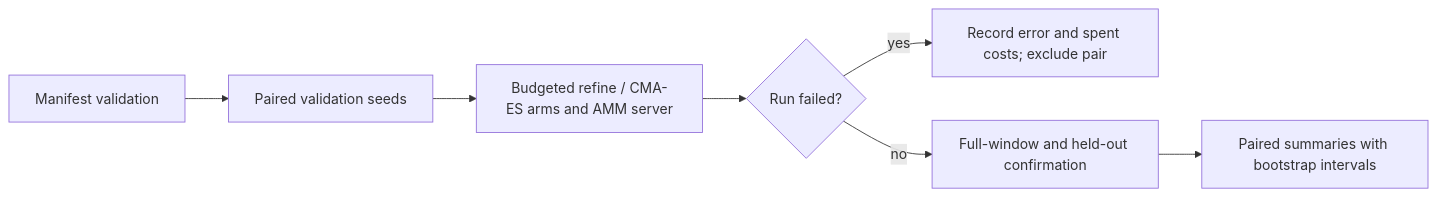
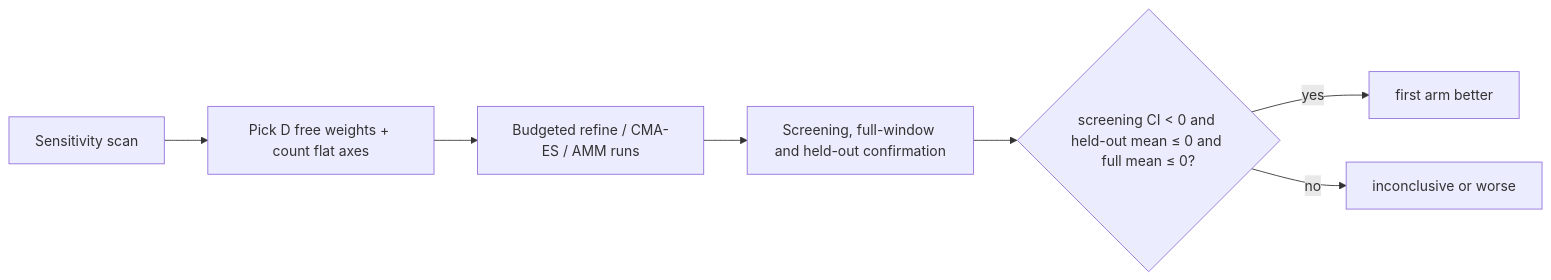
Before and after one commit to stSoftwareAU/NEAT-AI-Lamarck: the diagram in docs/archive/pr-summaries/pr-summary-266.md, drawn with Mermaid. The commit also changed other lines of this file, not shown here.

````diff
--- a/docs/archive/pr-summaries/pr-summary-266.md
+++ b/docs/archive/pr-summaries/pr-summary-266.md
@@ -70,9 +66,9 @@
 ```mermaid
 flowchart LR
-    M[Manifest validation] --> V[Paired validation seeds]
-    V --> B[Budgeted refine / CMA-ES arms and AMM server]
-    B --> F{Run failed?}
-    F -->|yes| E[Record error and spent costs; exclude pair]
-    F -->|no| H[Full-window and held-out confirmation]
-    H --> S[Paired summaries with bootstrap intervals]
+    S[Sensitivity scan] --> P[Pick D free weights + count flat axes]
+    P --> R[Budgeted refine / CMA-ES / AMM runs]
+    R --> C[Screening, full-window and held-out confirmation]
+    C --> V{"screening CI < 0 and held-out mean ≤ 0 and full mean ≤ 0?"}
+    V -->|yes| B[first arm better]
+    V -->|no| I[inconclusive or worse]
 ```
````
